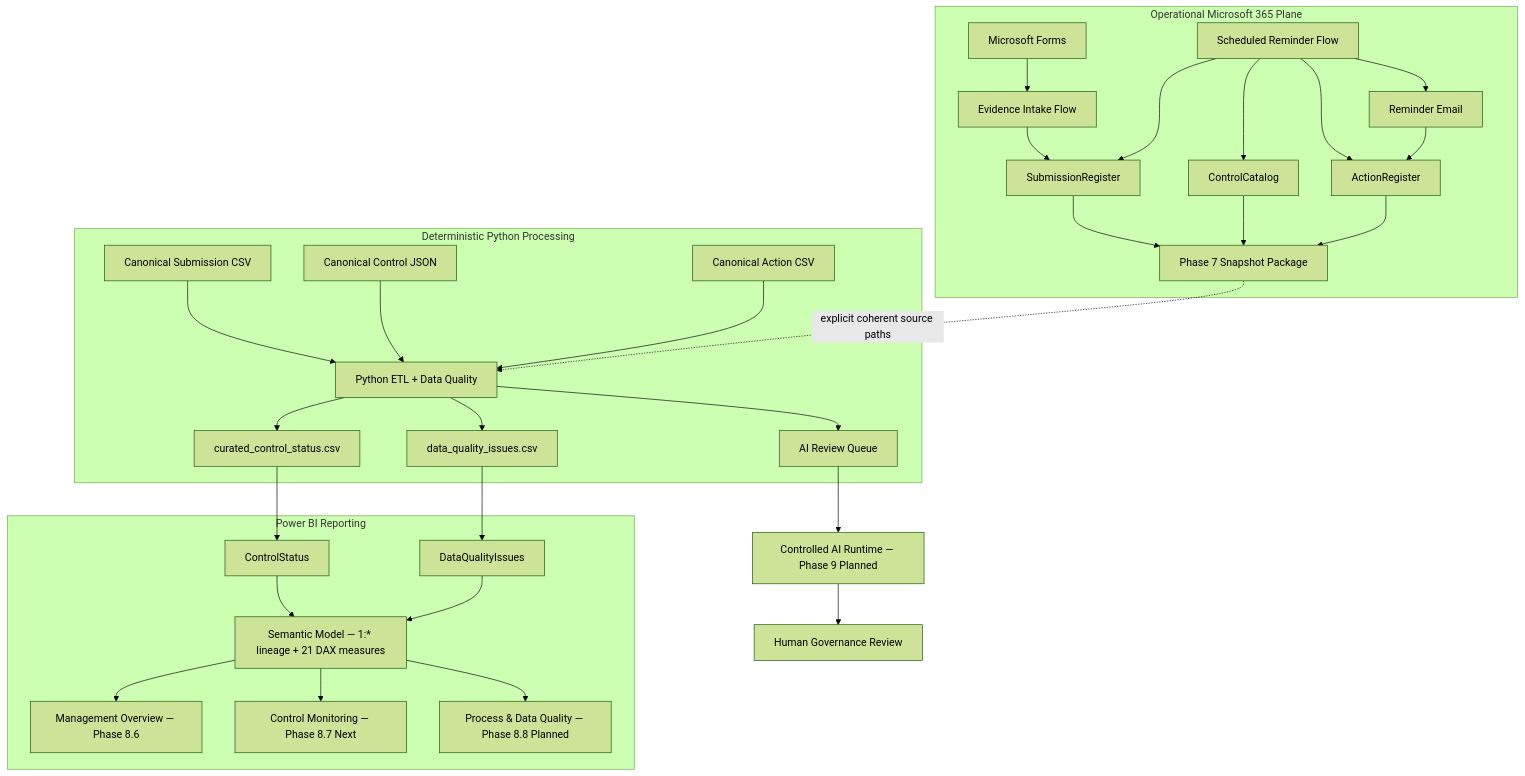
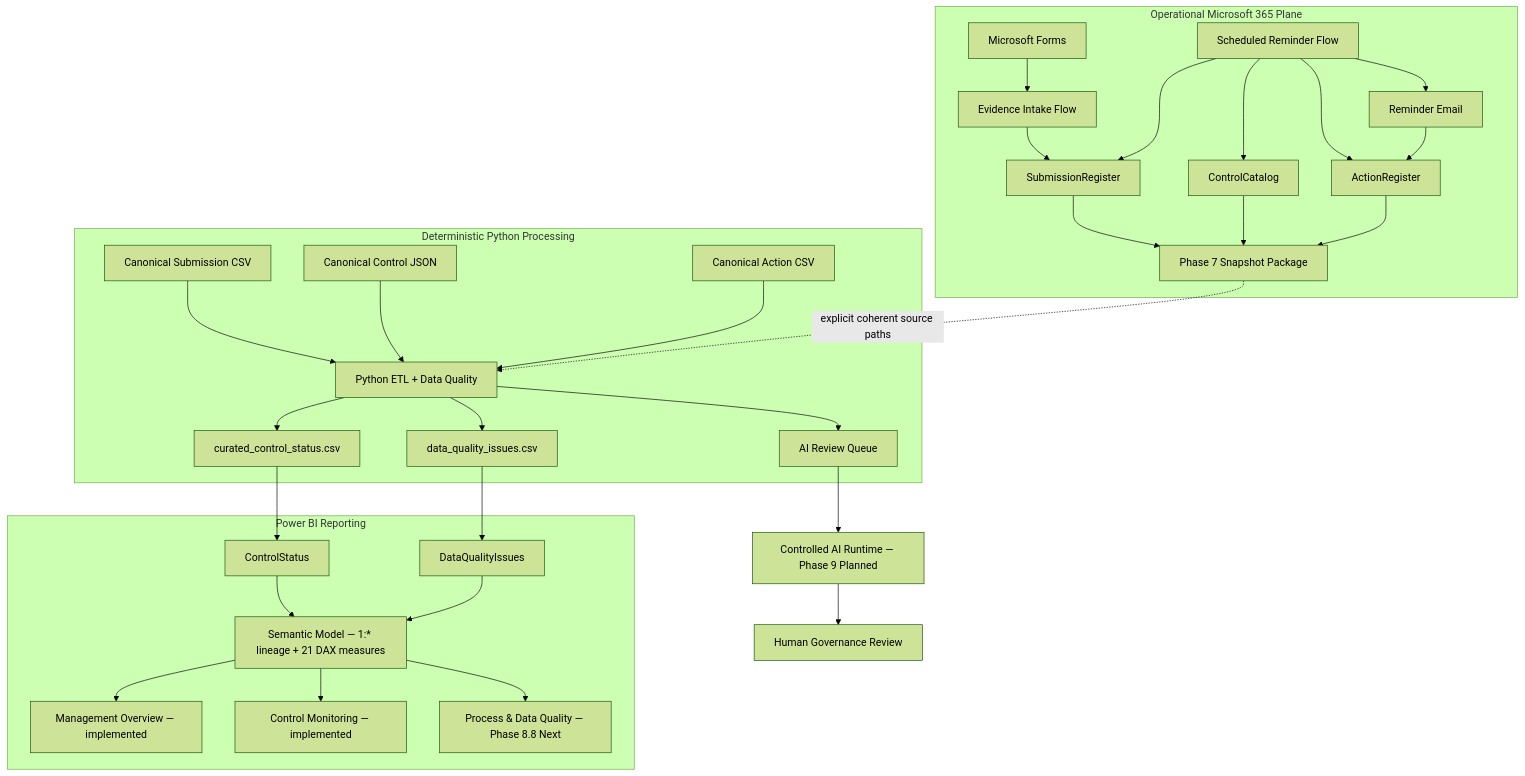
The diagram in README.md (gw-ai-security/cyber-governance-automation-lab), drawn with Mermaid (forest theme) before and after one commit. The commit also changed other lines of this file, not shown here.

Commit message:
docs: sync README through Phase 8.7

````diff
--- a/README.md
+++ b/README.md
@@ -84,38 +86,38 @@
 ```mermaid
 flowchart TD
     subgraph OP[Operational Microsoft 365 Plane]
         A[Microsoft Forms] --> B[Evidence Intake Flow]
         B --> C[SubmissionRegister]
         D[Scheduled Reminder Flow] --> C
         D --> E[ControlCatalog]
         D --> F[ActionRegister]
         D --> G[Reminder Email]
         G --> F
         C --> S[Phase 7 Snapshot Package]
         E --> S
         F --> S
     end
 
     subgraph PY[Deterministic Python Processing]
         H[Canonical Submission CSV] --> K[Python ETL + Data Quality]
         I[Canonical Control JSON] --> K
         J[Canonical Action CSV] --> K
         S -. explicit coherent source paths .-> K
         K --> L[curated_control_status.csv]
         K --> M[data_quality_issues.csv]
         K --> N[AI Review Queue]
     end
 
     subgraph BI[Power BI Reporting]
         L --> P[ControlStatus]
         M --> O[DataQualityIssues]
         P --> R[Semantic Model — 1:* lineage + 21 DAX measures]
         O --> R
-        R --> U[Management Overview — Phase 8.6]
-        R --> V[Control Monitoring — Phase 8.7 Next]
-        R --> W[Process & Data Quality — Phase 8.8 Planned]
+        R --> U[Management Overview — implemented]
+        R --> V[Control Monitoring — implemented]
+        R --> W[Process & Data Quality — Phase 8.8 Next]
     end
 
     N --> Q[Controlled AI Runtime — Phase 9 Planned]
     Q --> T[Human Governance Review]
 ```
````
